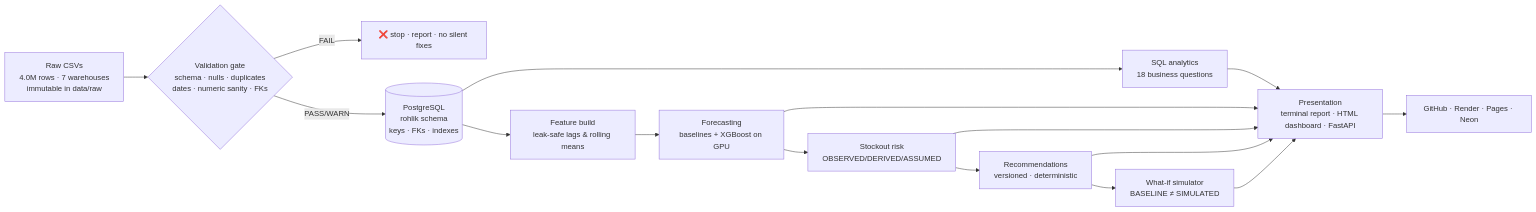
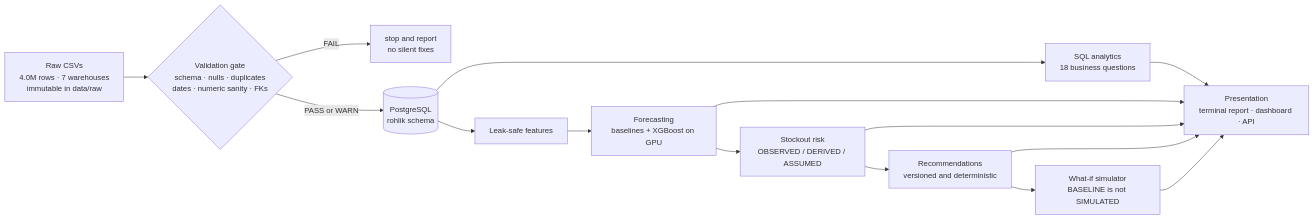
The first of 2 diagrams in README.md (AdityaP700/KagFint), drawn with Mermaid before and after one commit. The commit also changed other lines of this file and 2 other files, not shown here.

Commit message:
docs: story-driven README with screenshots, mermaid diagrams, and links

````diff
--- a/README.md
+++ b/README.md
@@ -46,18 +65,17 @@
 ```mermaid
 flowchart LR
     A[Raw CSVs<br/>4.0M rows · 7 warehouses<br/>immutable in data/raw] --> B{Validation gate<br/>schema · nulls · duplicates<br/>dates · numeric sanity · FKs}
-    B -- FAIL --> X[❌ stop · report · no silent fixes]
-    B -- PASS/WARN --> C[(PostgreSQL<br/>rohlik schema<br/>keys · FKs · indexes)]
+    B -- FAIL --> X[stop and report<br/>no silent fixes]
+    B -- PASS or WARN --> C[(PostgreSQL<br/>rohlik schema)]
     C --> D[SQL analytics<br/>18 business questions]
-    C --> E[Feature build<br/>leak-safe lags & rolling means]
+    C --> E[Leak-safe features]
     E --> F[Forecasting<br/>baselines + XGBoost on GPU]
-    F --> G[Stockout risk<br/>OBSERVED/DERIVED/ASSUMED]
-    G --> H[Recommendations<br/>versioned · deterministic]
-    H --> I[What-if simulator<br/>BASELINE ≠ SIMULATED]
-    D --> J[Presentation<br/>terminal report · HTML dashboard · FastAPI]
+    F --> G[Stockout risk<br/>OBSERVED / DERIVED / ASSUMED]
+    G --> H[Recommendations<br/>versioned and deterministic]
+    H --> I[What-if simulator<br/>BASELINE is not SIMULATED]
+    D --> J[Presentation<br/>terminal report · dashboard · API]
     F --> J
     G --> J
     H --> J
     I --> J
-    J --> K[GitHub · Render · Pages · Neon]
 ```
````
